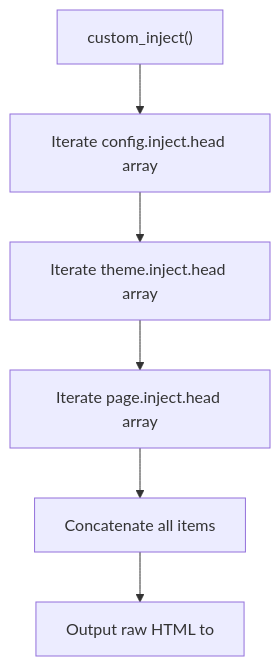
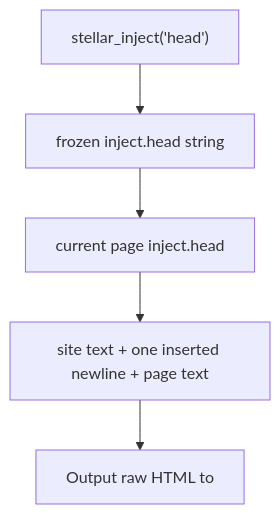
One commit to xaoxuu/hexo-theme-stellar changed the seventh of 8 diagrams in docs/knowledge/02-布局系统/head-seo.md. Above: the diagram before and after it, drawn with Mermaid. The commit also changed other lines of this file and 33 other files, not shown here.

````diff
--- a/docs/knowledge/02-布局系统/head-seo.md
+++ b/docs/knowledge/02-布局系统/head-seo.md
@@ -409,9 +410,7 @@
 ```mermaid
 graph TD
-    START["custom_inject()"] --> CONFIGINJECT["Iterate config.inject.head array"]
-    CONFIGINJECT --> THEMEINJECT["Iterate theme.inject.head array"]
-    THEMEINJECT --> PAGEINJECT["Iterate page.inject.head array"]
-    
-    PAGEINJECT --> CONCAT["Concatenate all items"]
+    START["stellar_inject('head')"] --> SITEINJECT["frozen inject.head string"]
+    SITEINJECT --> PAGEINJECT["current page inject.head"]
+    PAGEINJECT --> CONCAT["site text + one inserted newline + page text"]
     CONCAT --> OUTPUT["Output raw HTML to <head>"]
 ```
````
